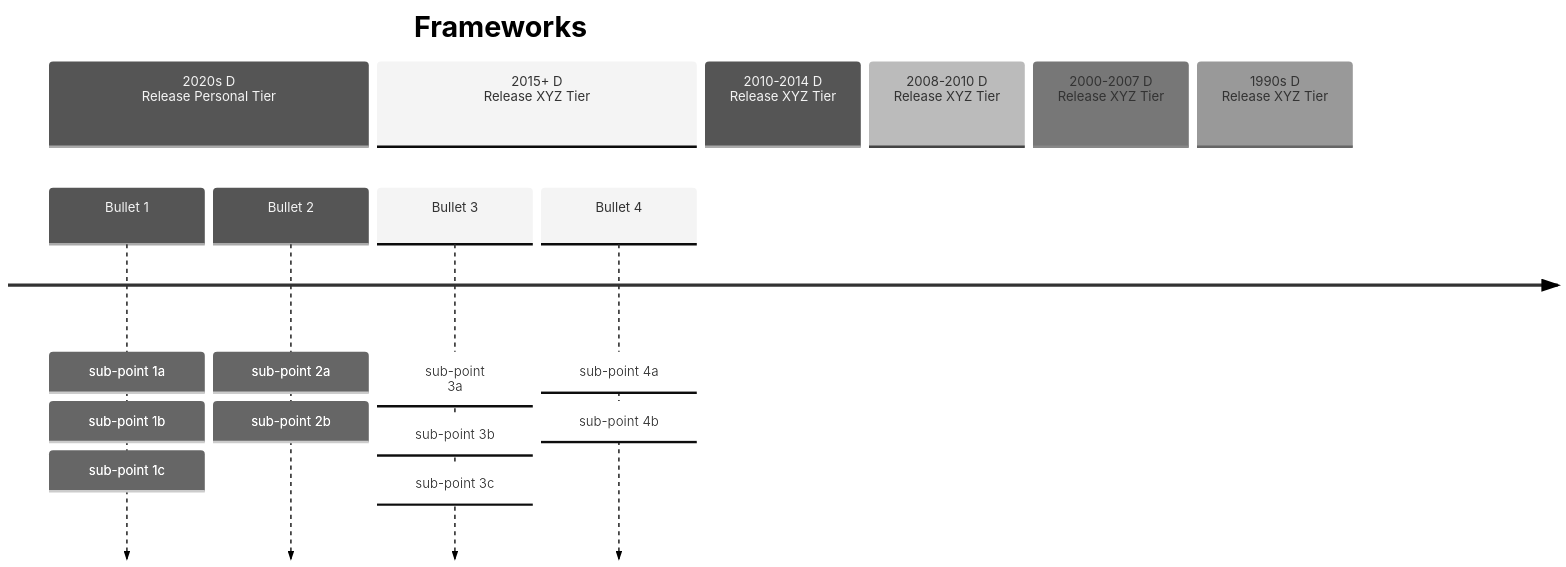
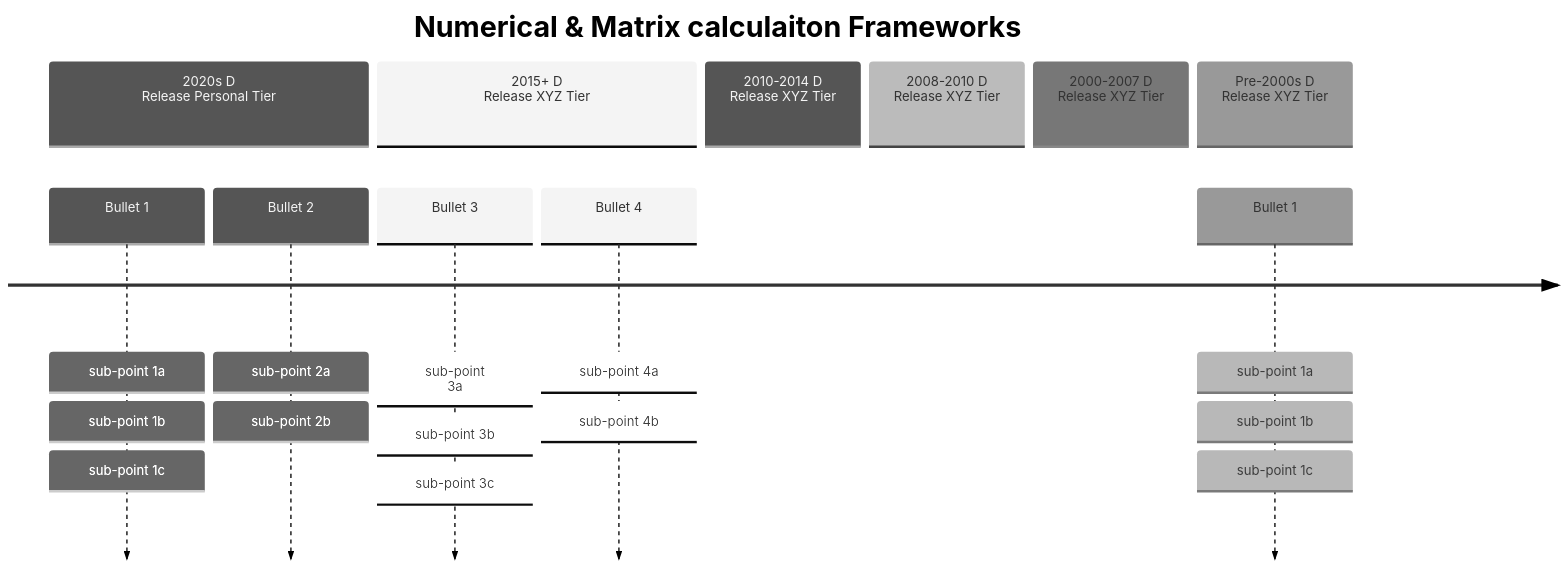
The diagram in compilers/nnnlibs/nnnlibs.md (sohale/cs-glossaries), drawn with Mermaid (neutral theme) before and after one commit. The commit also changed other lines of this file, not shown here.

````diff
--- a/compilers/nnnlibs/nnnlibs.md
+++ b/compilers/nnnlibs/nnnlibs.md
@@ -17,17 +17,20 @@
 ```mermaid
 timeline
-        title Frameworks
+        title Numerical & Matrix calculaiton Frameworks
         section 2020s D <br> Release Personal Tier
           Bullet 1 : sub-point 1a : sub-point 1b
                : sub-point 1c
           Bullet 2 : sub-point 2a : sub-point 2b
         section 2015+ D <br> Release XYZ Tier
           Bullet 3 : sub-point <br> 3a : sub-point 3b
                : sub-point 3c
           Bullet 4 : sub-point 4a : sub-point 4b
         section 2010-2014 D <br> Release XYZ Tier
         section 2008-2010 D <br> Release XYZ Tier
         section 2000-2007 D <br> Release XYZ Tier
-        section 1990s D <br> Release XYZ Tier
+        # section 1990s D <br> Release XYZ Tier
         # section 1980s D <br> Release XYZ Tier
+        section Pre-2000s D <br> Release XYZ Tier
+          Bullet 1 : sub-point 1a : sub-point 1b
+               : sub-point 1c
 ```
````
